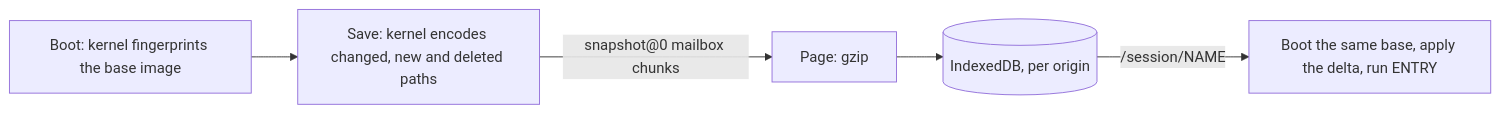
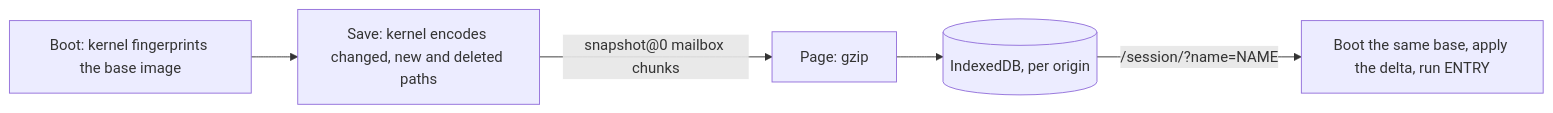
The diagram in docs/sessions.md (daugasauron/dolly), drawn with Mermaid before and after one commit. The commit also changed other lines of this file and 160 other files, not shown here.

````diff
--- a/docs/sessions.md
+++ b/docs/sessions.md
@@ -7,6 +7,6 @@
 ```mermaid
 flowchart LR
   boot["Boot: kernel fingerprints the base image"] --> save["Save: kernel encodes changed, new and deleted paths"]
   save -- "snapshot@0 mailbox chunks" --> gzip["Page: gzip"] --> idb[("IndexedDB, per origin")]
-  idb -- "/session/NAME" --> restore["Boot the same base, apply the delta, run ENTRY"]
+  idb -- "/session/?name=NAME" --> restore["Boot the same base, apply the delta, run ENTRY"]
 ```
````
